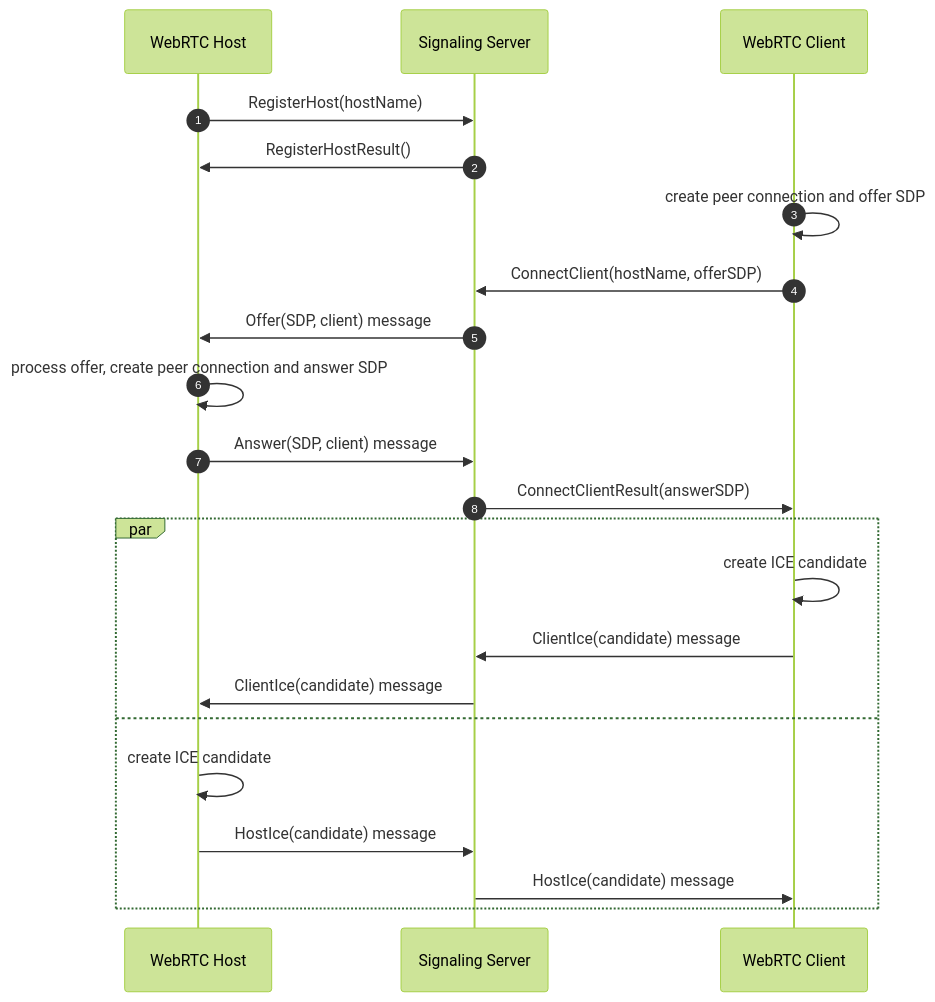
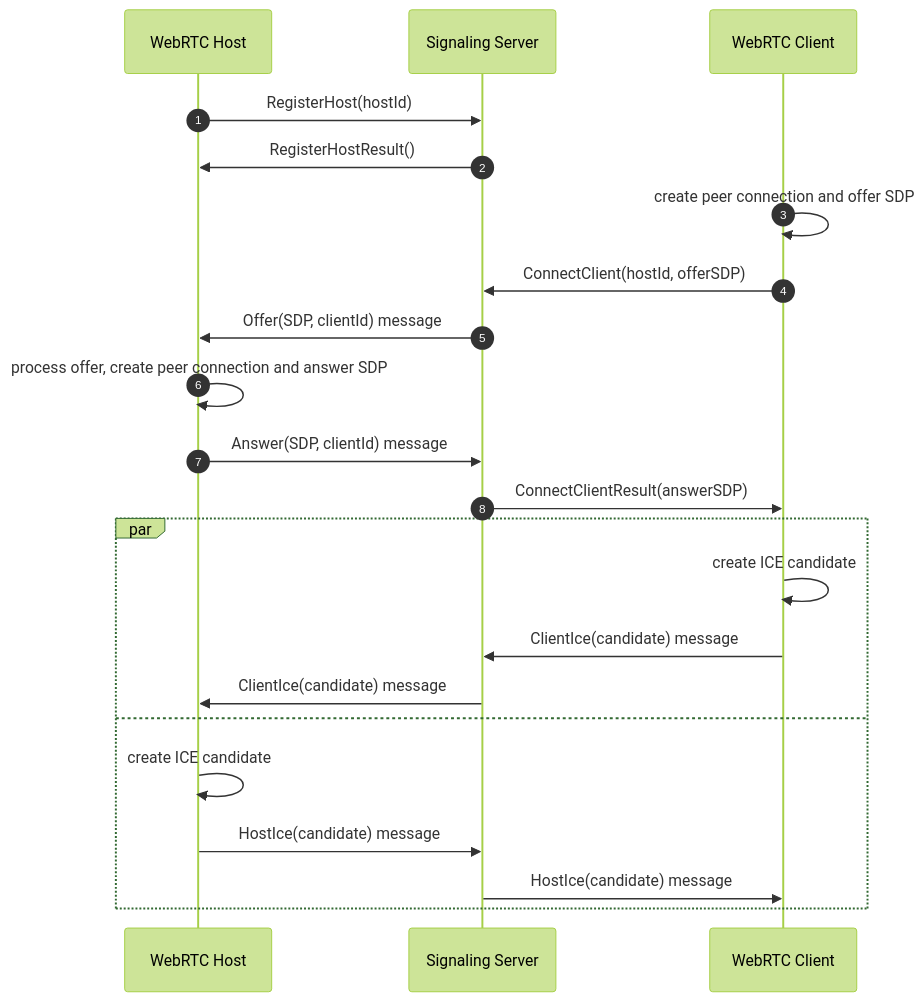
One commit to friflo/Friflo.Json.Fliox changed the diagram in Json/Fliox.Hub.WebRTC/README.md. Above: the diagram before and after it, drawn with Mermaid (forest theme).

Commit message:
WebRTC/README.md update

````diff
--- a/Json/Fliox.Hub.WebRTC/README.md
+++ b/Json/Fliox.Hub.WebRTC/README.md
@@ -23,27 +23,27 @@
 ``` mermaid
 sequenceDiagram
   autonumber
-    WebRTC Host      ->>    Signaling Server:   RegisterHost(hostName)
+    WebRTC Host      ->>    Signaling Server:   RegisterHost(hostId)
     Signaling Server ->>    WebRTC Host:        RegisterHostResult()
 
     WebRTC Client    ->>    WebRTC Client:      create peer connection and offer SDP
-    WebRTC Client    ->>    Signaling Server:   ConnectClient(hostName, offerSDP)
+    WebRTC Client    ->>    Signaling Server:   ConnectClient(hostId, offerSDP)
 
-    Signaling Server ->>    WebRTC Host:        Offer(SDP, client) message
+    Signaling Server ->>    WebRTC Host:        Offer(SDP, clientId) message
     WebRTC Host      ->>    WebRTC Host:        process offer, create peer connection and answer SDP
-    WebRTC Host      ->>    Signaling Server:   Answer(SDP, client) message
+    WebRTC Host      ->>    Signaling Server:   Answer(SDP, clientId) message
 
     Signaling Server ->>    WebRTC Client:      ConnectClientResult(answerSDP)
 
   autonumber off
   par
     WebRTC Client    ->>    WebRTC Client:      create ICE candidate
     WebRTC Client    ->>    Signaling Server:   ClientIce(candidate) message
     Signaling Server ->>    WebRTC Host:        ClientIce(candidate) message
   and
     WebRTC Host      ->>    WebRTC Host:        create ICE candidate
     WebRTC Host      ->>    Signaling Server:   HostIce(candidate) message
     Signaling Server ->>    WebRTC Client:      HostIce(candidate) message
   end
 
 ``` 
````
